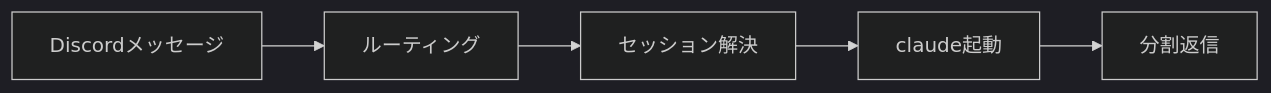
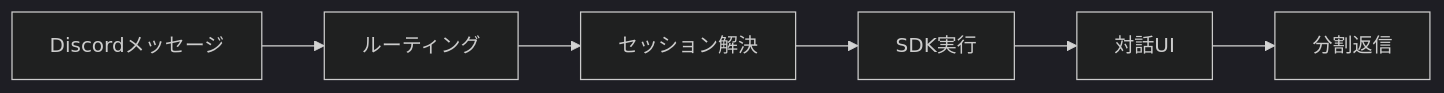
Before and after one commit to yjn279/jarvis: the diagram in README.md, drawn with Mermaid (dark theme). The commit also changed other lines of this file and 8 other files, not shown here.

````diff
--- a/README.md
+++ b/README.md
@@ -7,7 +7,8 @@
 ```mermaid
 flowchart LR
   message[Discordメッセージ] --> router[ルーティング]
   router --> resolver[セッション解決]
-  resolver --> runner[claude起動]
-  runner --> reply[分割返信]
+  resolver --> runner[SDK実行]
+  runner --> control[対話UI]
+  control --> reply[分割返信]
 ```
````
